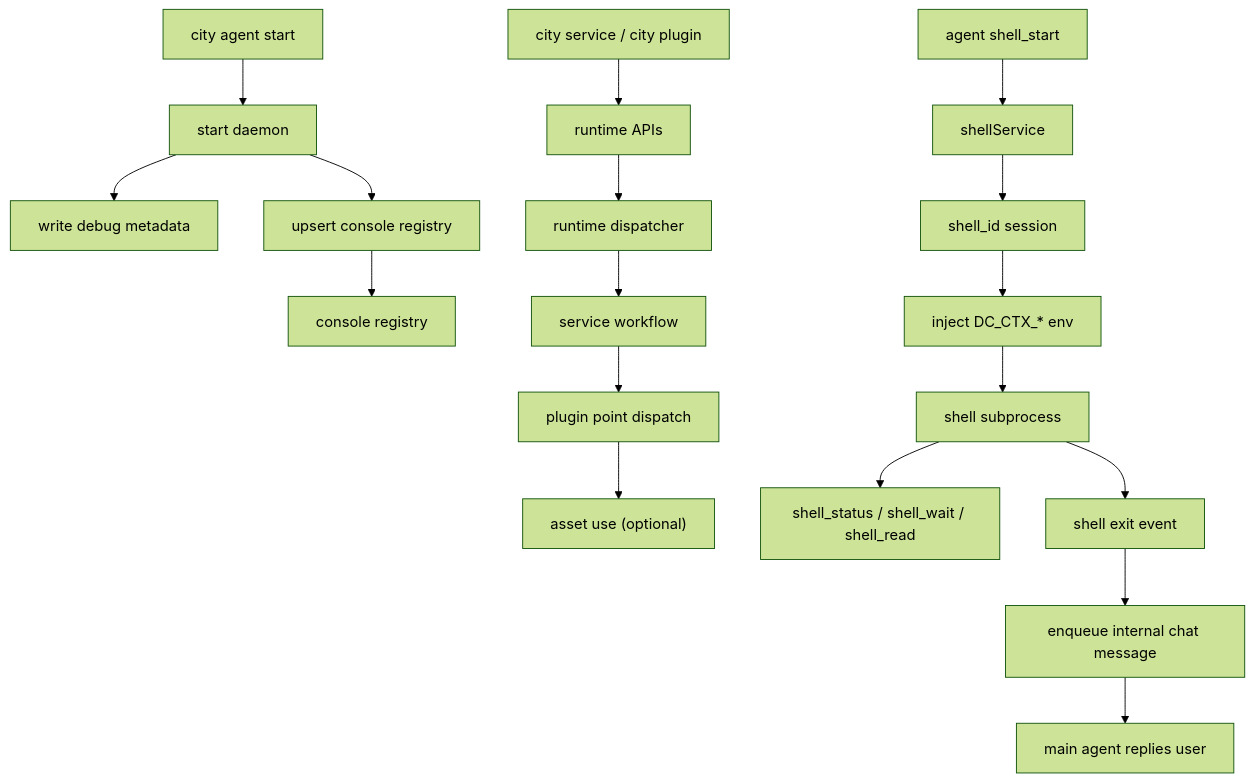
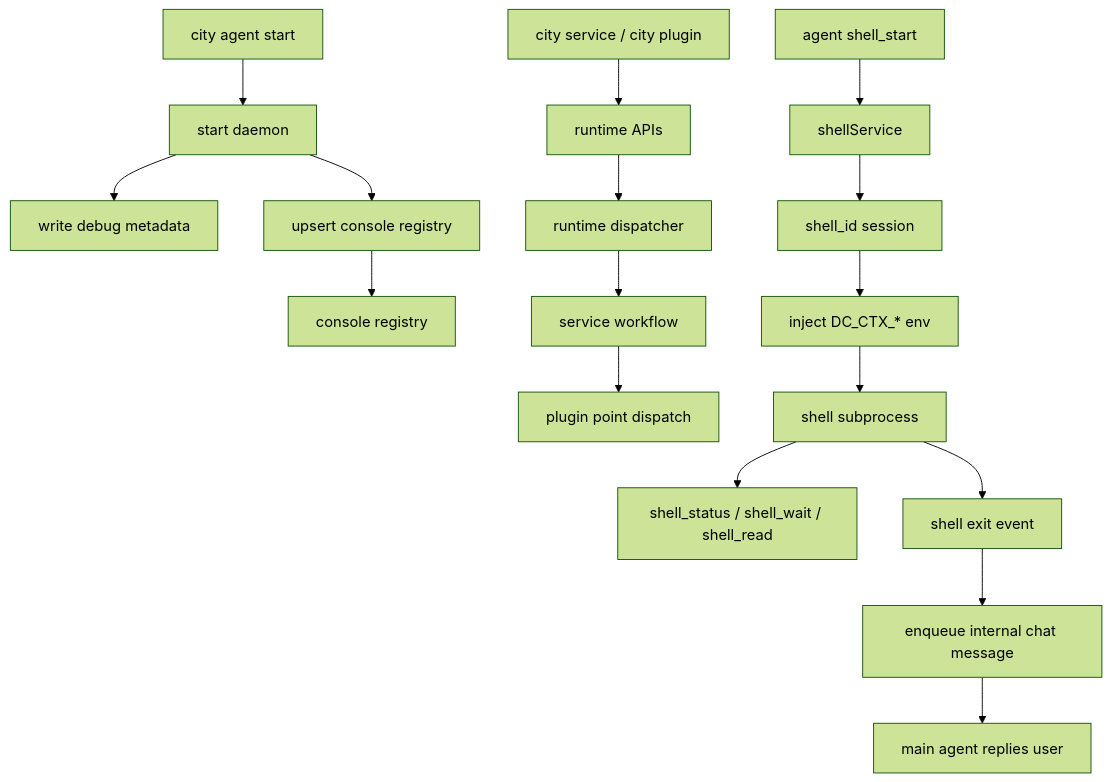
Before and after one commit to wangenius/downcity: the diagram in homepage/content/docs/zh/concepts/runtime-registration-service-shell-flow.mdx, drawn with Mermaid (forest theme). The commit also changed other lines of this file and 92 other files, not shown here.

````diff
--- a/homepage/content/docs/zh/concepts/runtime-registration-service-shell-flow.mdx
+++ b/homepage/content/docs/zh/concepts/runtime-registration-service-shell-flow.mdx
@@ -32,22 +32,21 @@
 ```mermaid
 flowchart TD
   A["city agent start"] --> B["start daemon"]
   B --> C["write debug metadata"]
   B --> D["upsert console registry"]
   D --> E["console registry"]
 
   F["city service / city plugin"] --> G["runtime APIs"]
   G --> H["runtime dispatcher"]
   H --> I["service workflow"]
   I --> J["plugin point dispatch"]
-  J --> K["asset use (optional)"]
 
   L["agent shell_start"] --> M["shellService"]
   M --> N["shell_id session"]
   N --> O["inject DC_CTX_* env"]
   O --> P["shell subprocess"]
   P --> Q["shell_status / shell_wait / shell_read"]
   P --> R["shell exit event"]
   R --> S["enqueue internal chat message"]
   S --> T["main agent replies user"]
 ```
````
